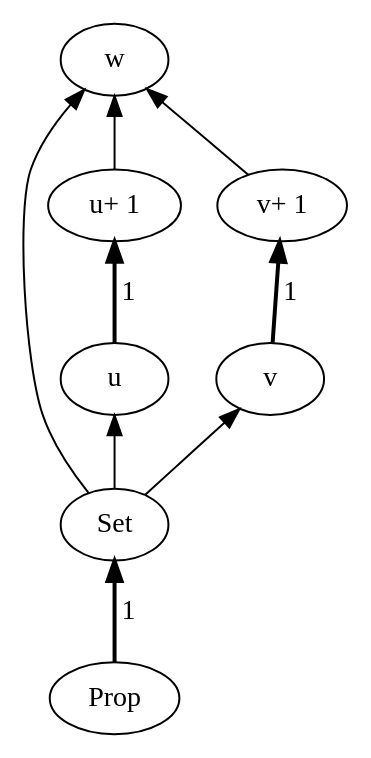
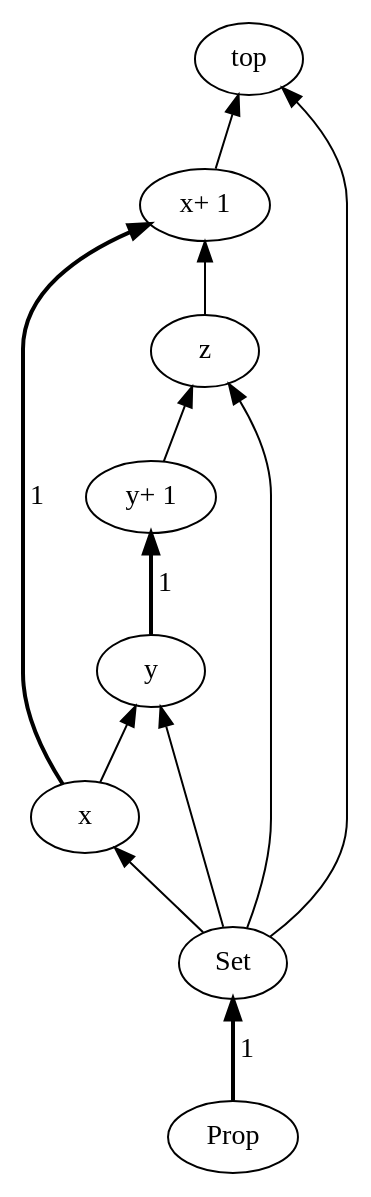
One commit to mattam82/coq changed the diagram in file.dot. Above: the diagram before and after it, drawn with Graphviz. The commit also changed 1 other file, not shown here.

```diff
--- a/file.dot
+++ b/file.dot
@@ -1,10 +1,13 @@
 digraph universes {
   "Set" -> "Prop" [style=bold, dir = back, arrowhead=crow, label=" 1"];
-  "u" -> "Set" [style=solid, dir = back, arrowhead=crow];
-  "v" -> "Set" [style=solid, dir = back, arrowhead=crow];
-  "w" -> "Set" [style=solid, dir = back, arrowhead=crow];
-  "u+ 1" -> "u" [style=bold, dir = back, arrowhead=crow, label=" 1"];
-  "w" -> "u+ 1" [style=solid, dir = back, arrowhead=crow];
-  "v+ 1" -> "v" [style=bold, dir = back, arrowhead=crow, label=" 1"];
-  "w" -> "v+ 1" [style=solid, dir = back, arrowhead=crow];
+  "x" -> "Set" [style=solid, dir = back, arrowhead=crow];
+  "y" -> "Set" [style=solid, dir = back, arrowhead=crow];
+  "z" -> "Set" [style=solid, dir = back, arrowhead=crow];
+  "top" -> "Set" [style=solid, dir = back, arrowhead=crow];
+  "x+ 1" -> "x" [style=bold, dir = back, arrowhead=crow, label=" 1"];
+  "y" -> "x" [style=solid, dir = back, arrowhead=crow];
+  "top" -> "x+ 1" [style=solid, dir = back, arrowhead=crow];
+  "y+ 1" -> "y" [style=bold, dir = back, arrowhead=crow, label=" 1"];
+  "z" -> "y+ 1" [style=solid, dir = back, arrowhead=crow];
+  "x+ 1" -> "z" [style=solid, dir = back, arrowhead=crow];
 }
```
